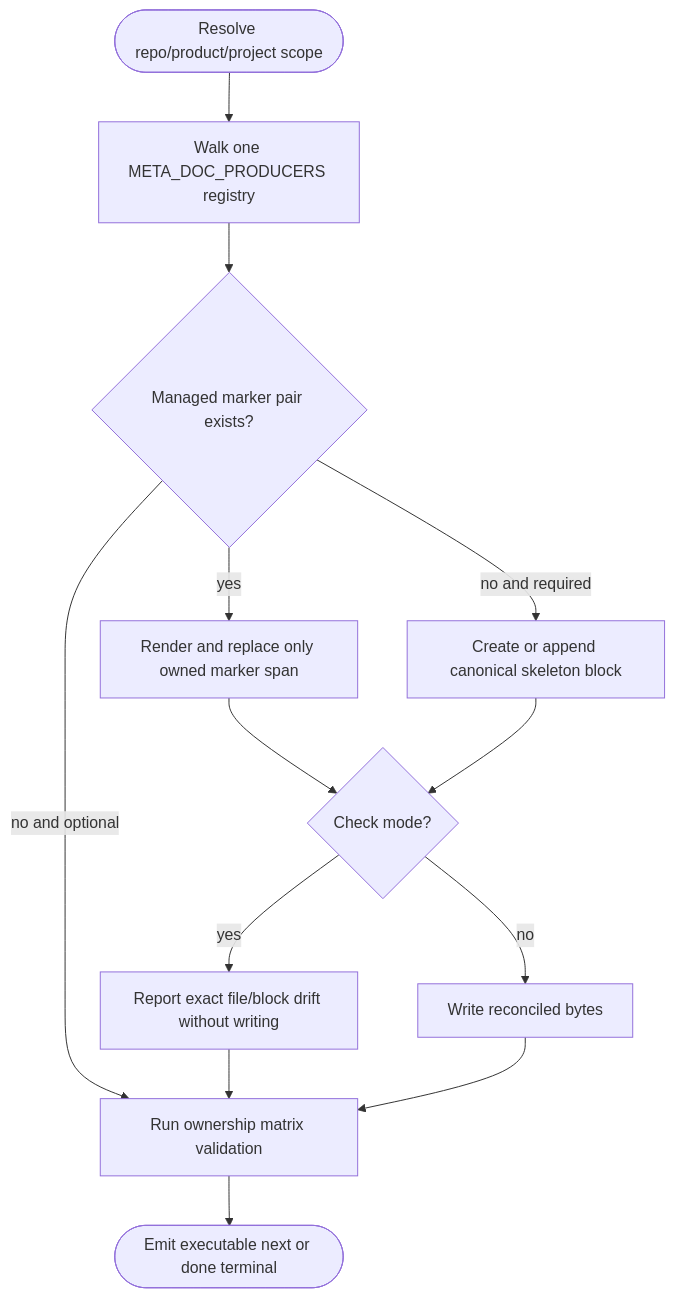
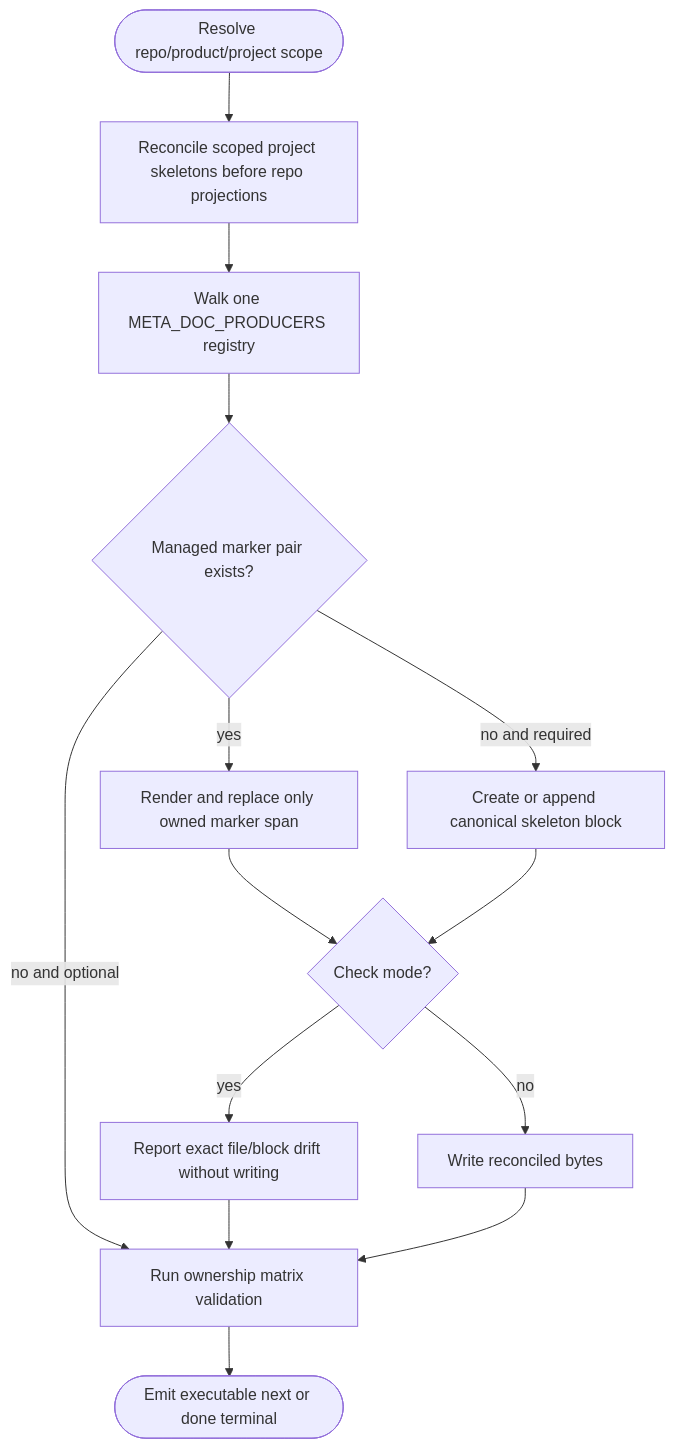
The first of 2 diagrams in apps/agentic-workflow/tech-design/surface/specs/aw-meta-doc-producer.md (chrischeng-c4/axiom), drawn with Mermaid before and after one commit. The commit also changed other lines of this file and 3 other files, not shown here.

First line of the commit message:
fix(aw): bootstrap meta docs before repo projection

````diff
--- a/apps/agentic-workflow/tech-design/surface/specs/aw-meta-doc-producer.md
+++ b/apps/agentic-workflow/tech-design/surface/specs/aw-meta-doc-producer.md
@@ -170,43 +173,46 @@
 ```mermaid
 ---
 id: aw-meta-doc-producer-loop
 entry: scope
 nodes:
   scope: { kind: start, label: "Resolve repo/product/project scope" }
+  project_first: { kind: process, label: "Reconcile scoped project skeletons before repo projections" }
   registry: { kind: process, label: "Walk one META_DOC_PRODUCERS registry" }
   existing: { kind: decision, label: "Managed marker pair exists?" }
   reconcile: { kind: process, label: "Render and replace only owned marker span" }
   skeleton: { kind: process, label: "Create or append canonical skeleton block" }
   mode: { kind: decision, label: "Check mode?" }
   report: { kind: process, label: "Report exact file/block drift without writing" }
   write: { kind: process, label: "Write reconciled bytes" }
   validate: { kind: process, label: "Run ownership matrix validation" }
   next: { kind: terminal, label: "Emit executable next or done terminal" }
 edges:
-  - { from: scope, to: registry }
+  - { from: scope, to: project_first }
+  - { from: project_first, to: registry }
   - { from: registry, to: existing }
   - { from: existing, to: reconcile, label: "yes" }
   - { from: existing, to: skeleton, label: "no and required" }
   - { from: existing, to: validate, label: "no and optional" }
   - { from: reconcile, to: mode }
   - { from: skeleton, to: mode }
   - { from: mode, to: report, label: "yes" }
   - { from: mode, to: write, label: "no" }
   - { from: report, to: validate }
   - { from: write, to: validate }
   - { from: validate, to: next }
 ---
 flowchart TD
-    scope([Resolve repo/product/project scope]) --> registry[Walk one META_DOC_PRODUCERS registry]
+    scope([Resolve repo/product/project scope]) --> project_first[Reconcile scoped project skeletons before repo projections]
+    project_first --> registry[Walk one META_DOC_PRODUCERS registry]
     registry --> existing{Managed marker pair exists?}
     existing -->|yes| reconcile[Render and replace only owned marker span]
     existing -->|no and required| skeleton[Create or append canonical skeleton block]
     existing -->|no and optional| validate[Run ownership matrix validation]
     reconcile --> mode{Check mode?}
     skeleton --> mode
     mode -->|yes| report[Report exact file/block drift without writing]
     mode -->|no| write[Write reconciled bytes]
     report --> validate
     write --> validate
     validate --> next([Emit executable next or done terminal])
 ```
````
